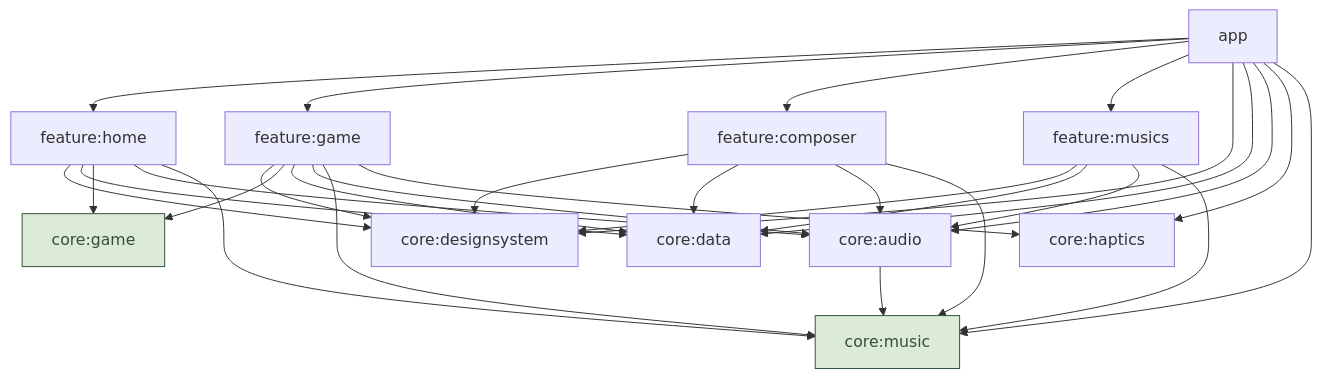
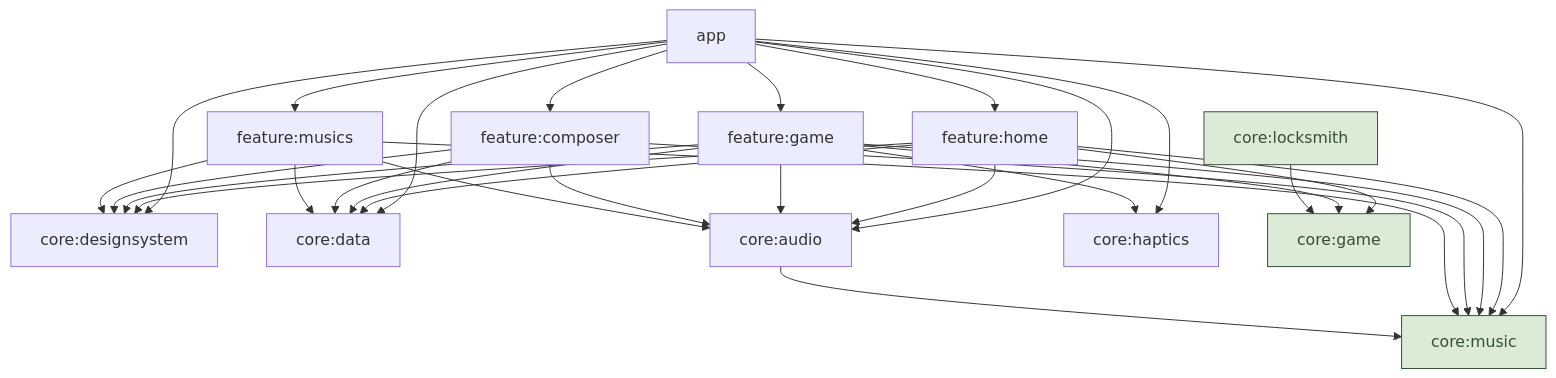
Before and after one commit to magori/blox: the first of 2 diagrams in docs/architecture.md, drawn with Mermaid. The commit also changed other lines of this file and 14 other files, not shown here.

First line of the commit message:
✨ feat(core-locksmith): la serrure du Serrurier (P7.3)

````diff
--- a/docs/architecture.md
+++ b/docs/architecture.md
@@ -11,40 +11,42 @@
 ```mermaid
 graph TD
     app --> featureHome[feature:home]
     app --> featureGame[feature:game]
     app --> featureComposer[feature:composer]
     app --> featureMusics[feature:musics]
     app --> designsystem[core:designsystem]
     app --> data[core:data]
     app --> audio[core:audio]
     app --> haptics[core:haptics]
     app --> music
 
     featureHome --> designsystem
     featureHome --> data
     featureHome --> game
     featureHome --> audio
     featureHome --> music
 
     featureGame --> designsystem
     featureGame --> game[core:game]
     featureGame --> data
     featureGame --> audio
     featureGame --> music
     featureGame --> haptics
 
     featureComposer --> designsystem
     featureComposer --> data
     featureComposer --> audio
     featureComposer --> music
 
     featureMusics --> designsystem
     featureMusics --> data
     featureMusics --> audio
     featureMusics --> music
 
     audio --> music[core:music]
 
+    locksmith[core:locksmith] --> game
+
     classDef pure fill:#dcebd5,stroke:#34503a,color:#34503a
-    class game,music pure
+    class game,music,locksmith pure
 ```
````
